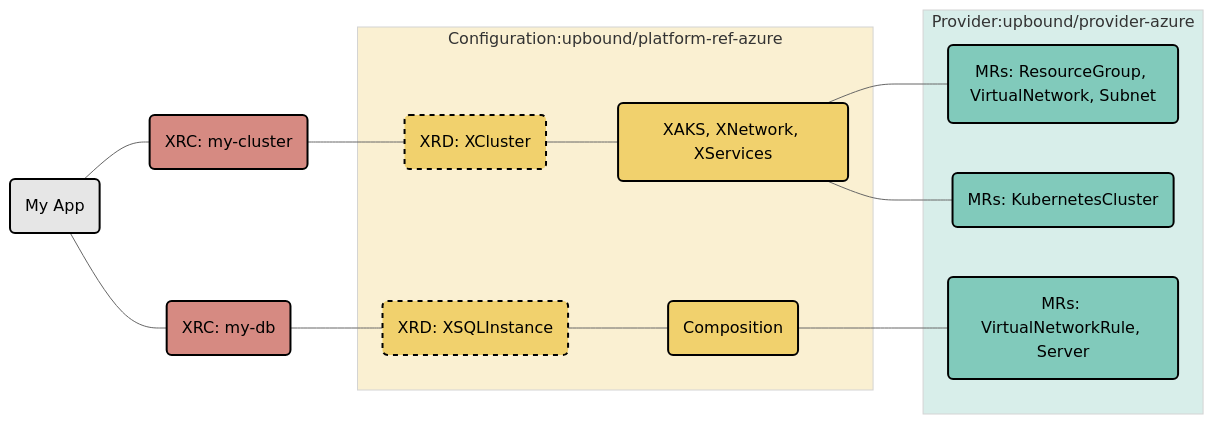
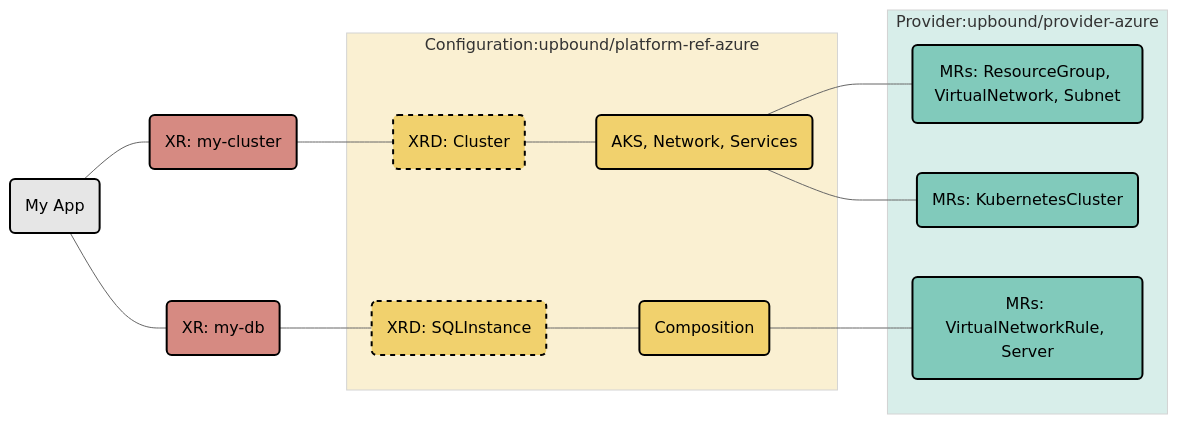
The diagram in README.md (upbound/platform-ref-azure), drawn with Mermaid (neutral theme) before and after one commit. The commit also changed other lines of this file and 19 other files, not shown here.

````diff
--- a/README.md
+++ b/README.md
@@ -36,30 +36,30 @@
 ```mermaid
 graph LR;
-    MyApp(My App)---MyCluster(XRC: my-cluster);
-    MyCluster---XRD1(XRD: XCluster);
-    MyApp---MyDB(XRC: my-db);
-    MyDB---XRD2(XRD: XSQLInstance);
+    MyApp(My App)---MyCluster(XR: my-cluster);
+    MyCluster---XRD1(XRD: Cluster);
+    MyApp---MyDB(XR: my-db);
+    MyDB---XRD2(XRD: SQLInstance);
 		subgraph Configuration:upbound/platform-ref-azure;
-	    XRD1---Composition(XAKS, XNetwork, XServices);
+	    XRD1---Composition(AKS, Network, Services);
 	    XRD2---Composition2(Composition);
 		end
 		subgraph Provider:upbound/provider-azure
 	    Composition---Network.MRs(MRs: ResourceGroup, VirtualNetwork, Subnet);
 	    Composition---AKS.MRs(MRs: KubernetesCluster);
 	    Composition2---Postgres.MRs(MRs: VirtualNetworkRule, Server);
 		end
 
 style MyApp color:#000,fill:#e6e6e6,stroke:#000,stroke-width:2px
 style MyCluster color:#000,fill:#D68A82,stroke:#000,stroke-width:2px
 style MyDB color:#000,fill:#D68A82,stroke:#000,stroke-width:2px
 style Configuration:upbound/platform-ref-azure fill:#f1d16d,opacity:0.3
 style Provider:upbound/provider-azure fill:#81CABB,opacity:0.3
 style XRD1 color:#000,fill:#f1d16d,stroke:#000,stroke-width:2px,stroke-dasharray: 5 5
 style XRD2 color:#000,fill:#f1d16d,stroke:#000,stroke-width:2px,stroke-dasharray: 5 5
 style Composition color:#000,fill:#f1d16d,stroke:#000,stroke-width:2px
 style Composition2 color:#000,fill:#f1d16d,stroke:#000,stroke-width:2px
 
 style Network.MRs color:#000,fill:#81CABB,stroke:#000,stroke-width:2px
 style AKS.MRs color:#000,fill:#81CABB,stroke:#000,stroke-width:2px
 style Postgres.MRs color:#000,fill:#81CABB,stroke:#000,stroke-width:2px
 ```
````
